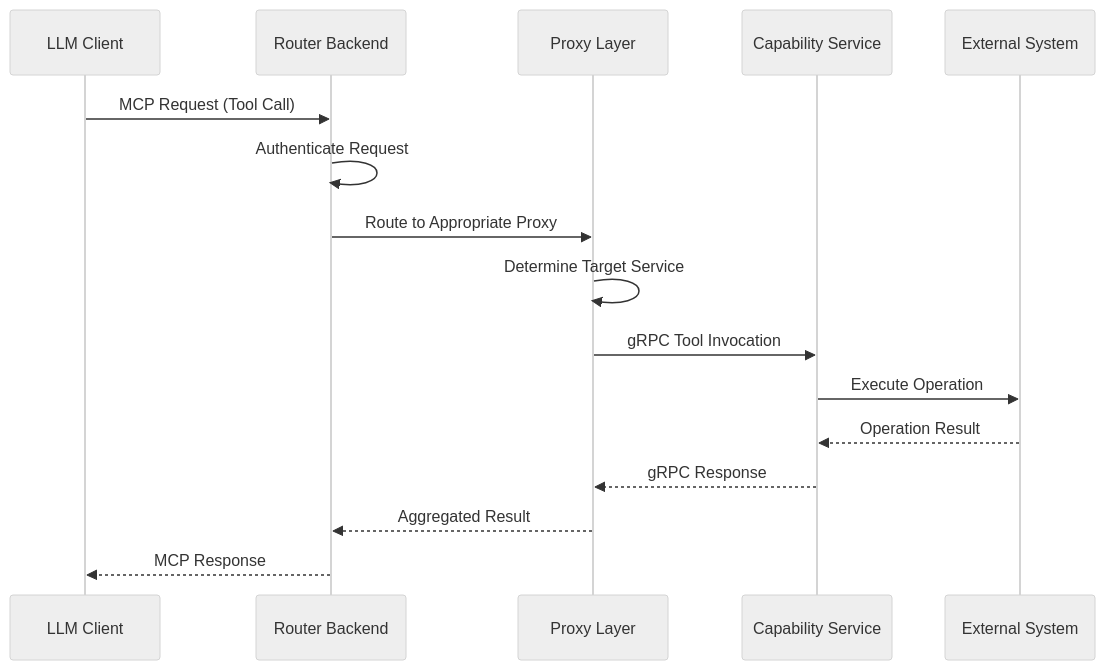
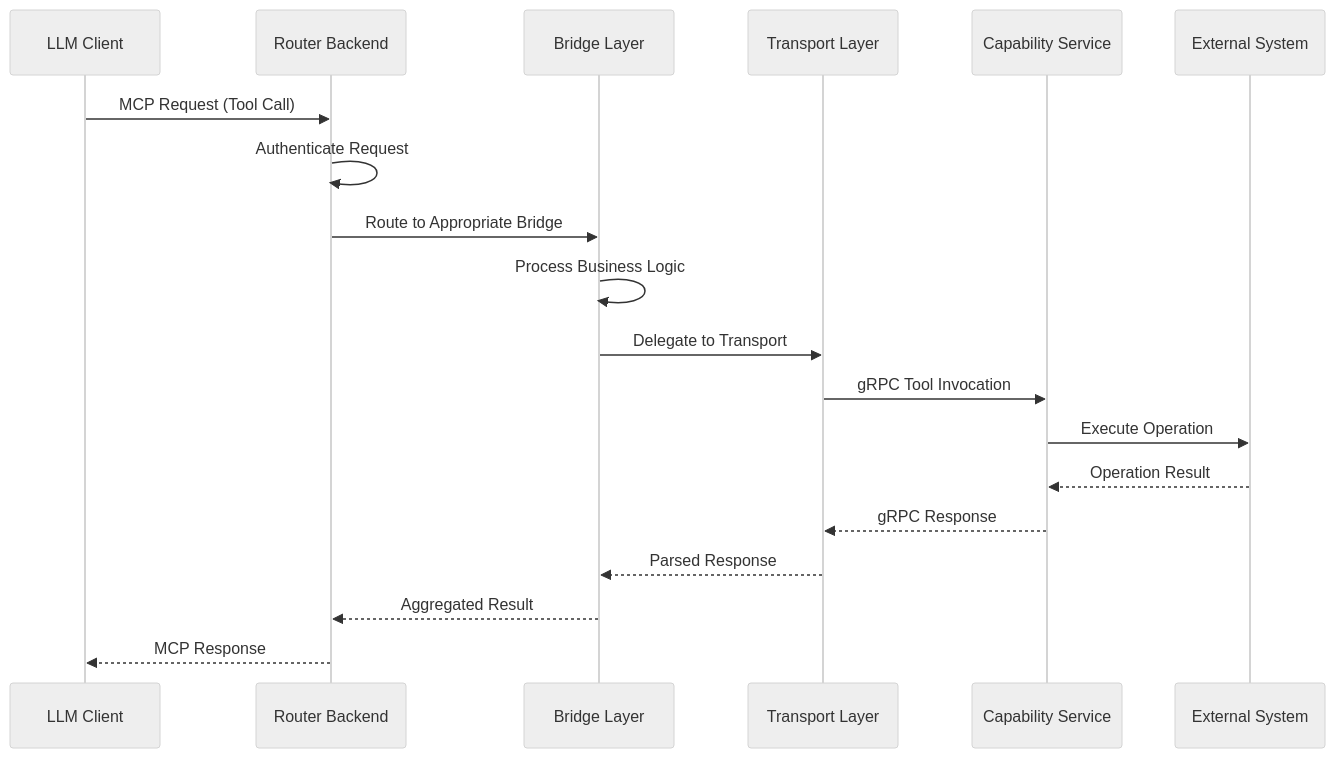
Before and after one commit to wanaku-ai/wanaku: the second of 11 diagrams in docs/architecture.md, drawn with Mermaid (neutral theme). The commit also changed other lines of this file and 25 other files, not shown here.

First line of the commit message:
Refactor the gRPC bridge

````diff
--- a/docs/architecture.md
+++ b/docs/architecture.md
@@ -149,19 +151,22 @@
 ```mermaid
 sequenceDiagram
     participant Client as LLM Client
     participant Router as Router Backend
-    participant Proxy as Proxy Layer
+    participant Bridge as Bridge Layer
+    participant Transport as Transport Layer
     participant Service as Capability Service
     participant Target as External System
 
     Client->>Router: MCP Request (Tool Call)
     Router->>Router: Authenticate Request
-    Router->>Proxy: Route to Appropriate Proxy
-    Proxy->>Proxy: Determine Target Service
-    Proxy->>Service: gRPC Tool Invocation
+    Router->>Bridge: Route to Appropriate Bridge
+    Bridge->>Bridge: Process Business Logic
+    Bridge->>Transport: Delegate to Transport
+    Transport->>Service: gRPC Tool Invocation
     Service->>Target: Execute Operation
     Target-->>Service: Operation Result
-    Service-->>Proxy: gRPC Response
-    Proxy-->>Router: Aggregated Result
+    Service-->>Transport: gRPC Response
+    Transport-->>Bridge: Parsed Response
+    Bridge-->>Router: Aggregated Result
     Router-->>Client: MCP Response
 ```
````
